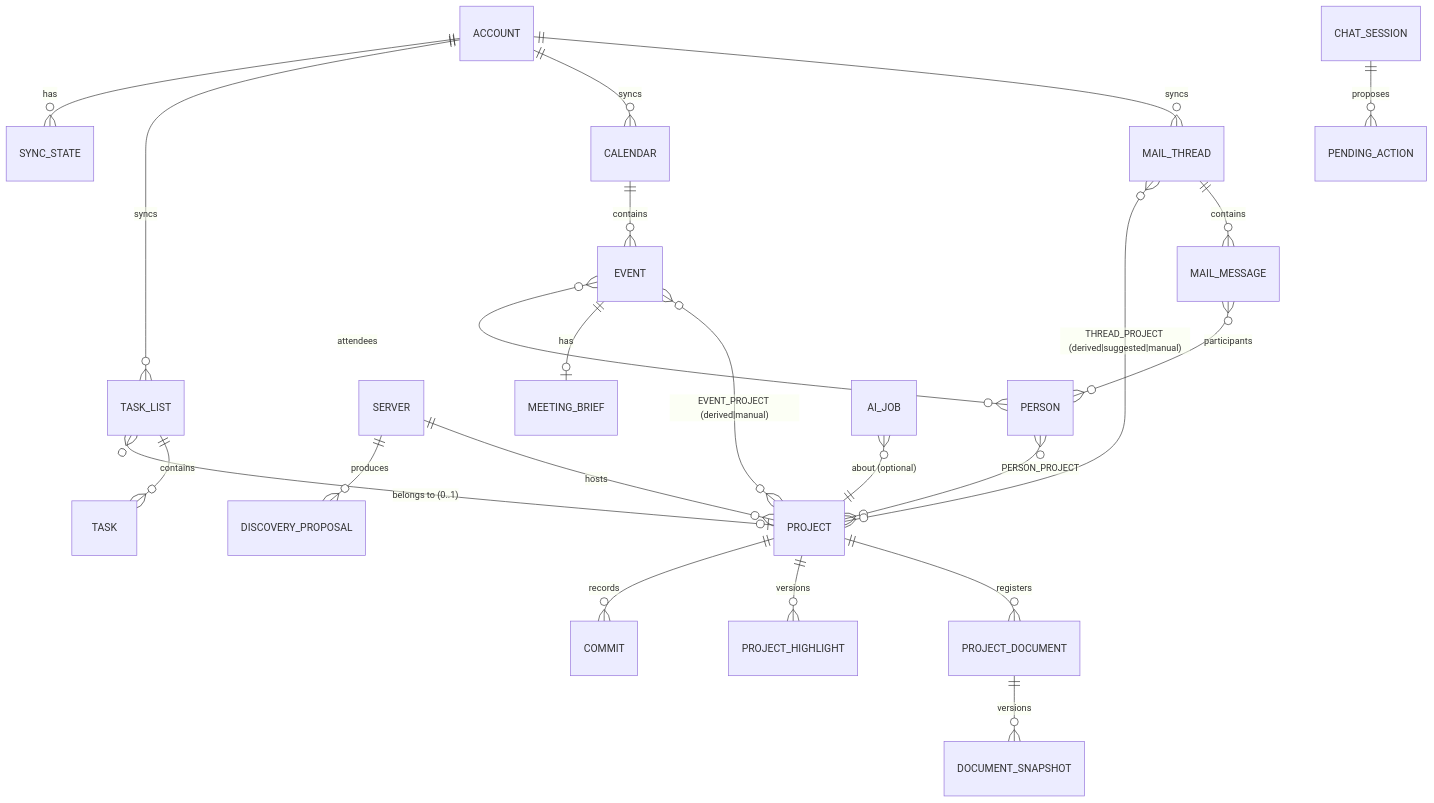
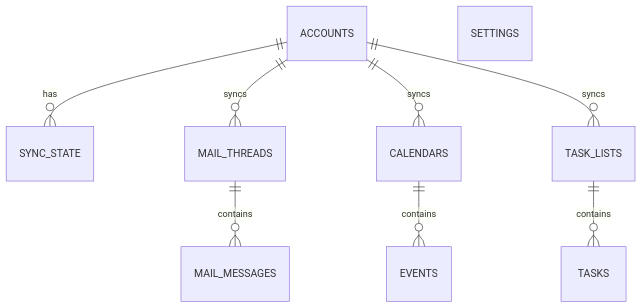
The sixth of 6 diagrams in docs/architecture.md (srovere/jarvis), drawn with Mermaid before and after one commit. The commit also changed other lines of this file and 1 other file, not shown here.

First line of the commit message:
docs: describe the architecture and dashboard as built

````diff
--- a/docs/architecture.md
+++ b/docs/architecture.md
@@ -310,25 +248,11 @@
 ```mermaid
 erDiagram
-  ACCOUNT ||--o{ MAIL_THREAD : syncs
-  ACCOUNT ||--o{ CALENDAR : syncs
-  ACCOUNT ||--o{ TASK_LIST : syncs
-  ACCOUNT ||--o{ SYNC_STATE : has
-  MAIL_THREAD ||--o{ MAIL_MESSAGE : contains
-  CALENDAR ||--o{ EVENT : contains
-  TASK_LIST ||--o{ TASK : contains
-  TASK_LIST }o--o| PROJECT : "belongs to (0..1)"
-  SERVER ||--o{ PROJECT : hosts
-  SERVER ||--o{ DISCOVERY_PROPOSAL : produces
-  PROJECT ||--o{ PROJECT_DOCUMENT : registers
-  PROJECT_DOCUMENT ||--o{ DOCUMENT_SNAPSHOT : versions
-  PROJECT ||--o{ PROJECT_HIGHLIGHT : versions
-  PROJECT ||--o{ COMMIT : records
-  PERSON }o--o{ PROJECT : "PERSON_PROJECT"
-  MAIL_THREAD }o--o{ PROJECT : "THREAD_PROJECT (derived|suggested|manual)"
-  EVENT }o--o{ PROJECT : "EVENT_PROJECT (derived|manual)"
-  EVENT ||--o| MEETING_BRIEF : has
-  MAIL_MESSAGE }o--o{ PERSON : participants
-  EVENT }o--o{ PERSON : attendees
-  CHAT_SESSION ||--o{ PENDING_ACTION : proposes
-  AI_JOB }o--|| PROJECT : "about (optional)"
+  ACCOUNTS ||--o{ SYNC_STATE : has
+  ACCOUNTS ||--o{ MAIL_THREADS : syncs
+  MAIL_THREADS ||--o{ MAIL_MESSAGES : contains
+  ACCOUNTS ||--o{ CALENDARS : syncs
+  CALENDARS ||--o{ EVENTS : contains
+  ACCOUNTS ||--o{ TASK_LISTS : syncs
+  TASK_LISTS ||--o{ TASKS : contains
+  SETTINGS
 ```
````
